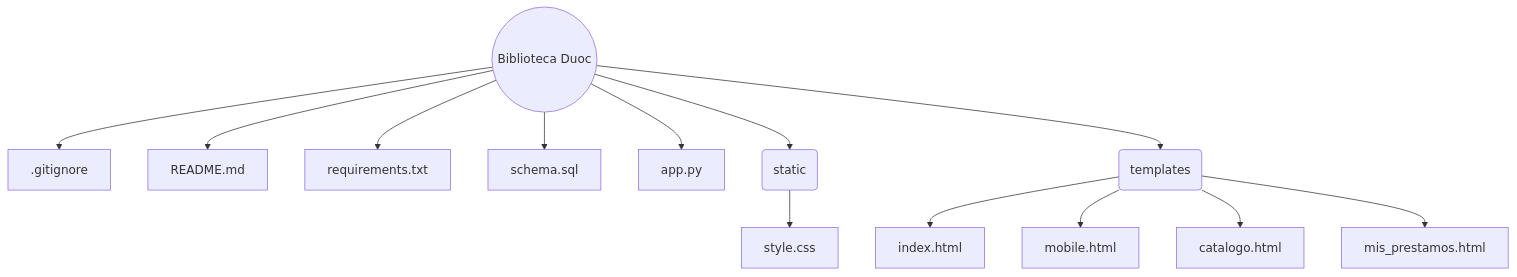
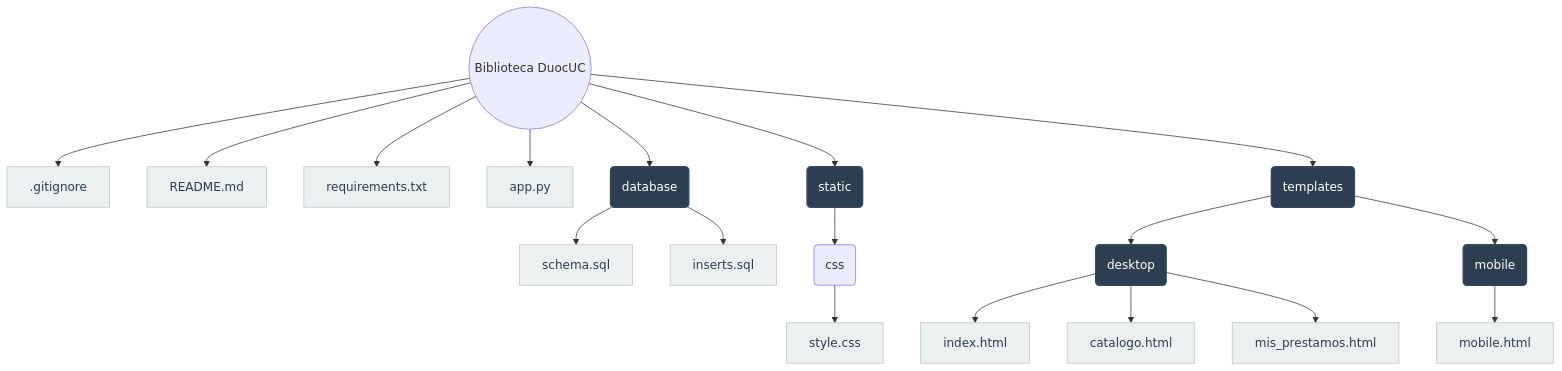
One commit to Sebastia1111/Biblioteca-IngSoftware- changed the diagram in README.md. Above: the diagram before and after it, drawn with Mermaid. The commit also changed other lines of this file, not shown here.

Commit message:
cambio de estructura de carpetas

````diff
--- a/README.md
+++ b/README.md
@@ -3,24 +4,41 @@
 ```mermaid
 graph TD
-    Repo((Biblioteca Duoc))
+    Repo((Biblioteca DuocUC))
     
-    %% Archivos Raíz
+    %% Archivos Raiz
     Repo --> git[.gitignore]
     Repo --> read[README.md]
     Repo --> req[requirements.txt]
-    Repo --> sql[schema.sql]
     Repo --> app[app.py]
     
-    %% Carpetas y contenido
+    %% Carpetas
+    Repo --> db(database)
     Repo --> sta(static)
     Repo --> tem(templates)
 
+    %% Contenido Database
+    db --> sql[schema.sql]
+    db --> ins[inserts.sql]
+
     %% Contenido de static
-    sta --> css[style.css]
+    sta --> css_dir(css)
+    css_dir --> css_file[style.css]
 
-    %% Contenido de templates
-    tem --> ind[index.html]
-    tem --> mob[mobile.html]
-    tem --> cat[catalogo.html]
-    tem --> mis[mis_prestamos.html]
+    %% Contenido de templates ordenado
+    tem --> desk(desktop)
+    tem --> mob_dir(mobile)
+    
+    desk --> ind[index.html]
+    desk --> cat[catalogo.html]
+    desk --> mis[mis_prestamos.html]
+    
+    mob_dir --> mob[mobile.html]
+
+    %% Estilos corregidos para compatibilidad con GitHub
+    classDef folder fill:#2c3e50,stroke:#34495e,stroke-width:2px,color:#fff;
+    classDef file fill:#ecf0f1,stroke:#bdc3c7,stroke-width:1px,color:#2c3e50;
+    
+    class db,sta,tem,desk,mob_dir folder;
+    class git,read,req,app,sql,ins,css_file,ind,cat,mis,mob file;
+
 ```
````
